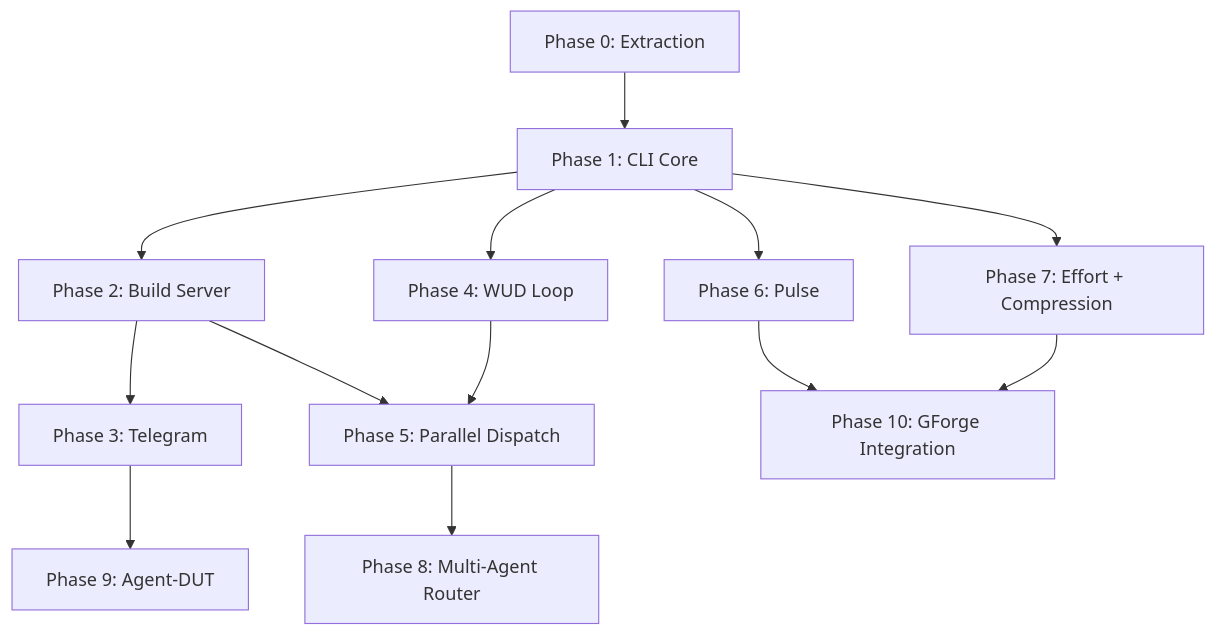
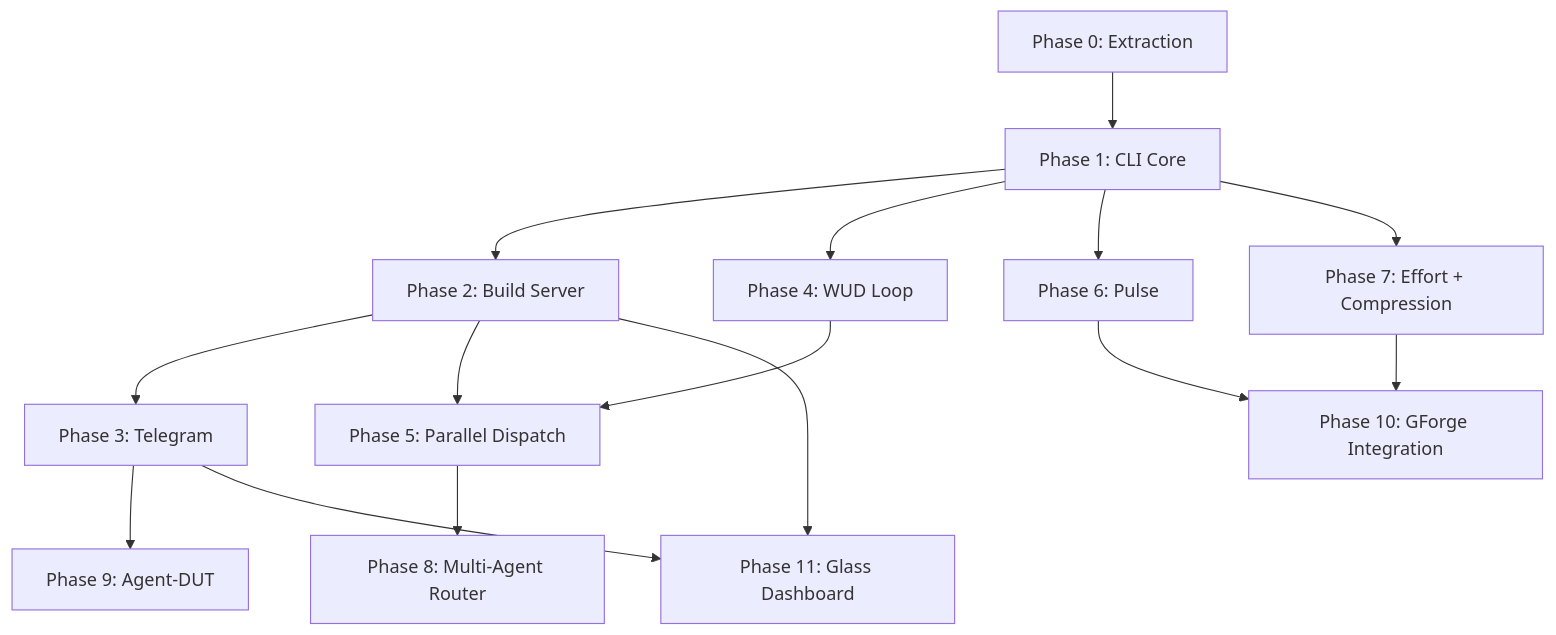
One commit to gforge-esc/gwrk changed the diagram in specs/000-build-plan.md. Above: the diagram before and after it, drawn with Mermaid. The commit also changed other lines of this file and 14 other files, not shown here.

````diff
--- a/specs/000-build-plan.md
+++ b/specs/000-build-plan.md
@@ -10,15 +10,17 @@
 ```mermaid
 graph TD
     P0[Phase 0: Extraction] --> P1[Phase 1: CLI Core]
     P1 --> P2[Phase 2: Build Server]
     P1 --> P4[Phase 4: WUD Loop]
     P2 --> P3[Phase 3: Telegram]
     P2 --> P5[Phase 5: Parallel Dispatch]
     P4 --> P5
     P1 --> P6[Phase 6: Pulse]
     P1 --> P7[Phase 7: Effort + Compression]
     P5 --> P8[Phase 8: Multi-Agent Router]
     P3 --> P9[Phase 9: Agent-DUT]
     P6 --> P10[Phase 10: GForge Integration]
     P7 --> P10
+    P2 --> P11[Phase 11: Glass Dashboard]
+    P3 --> P11
 ```
````
